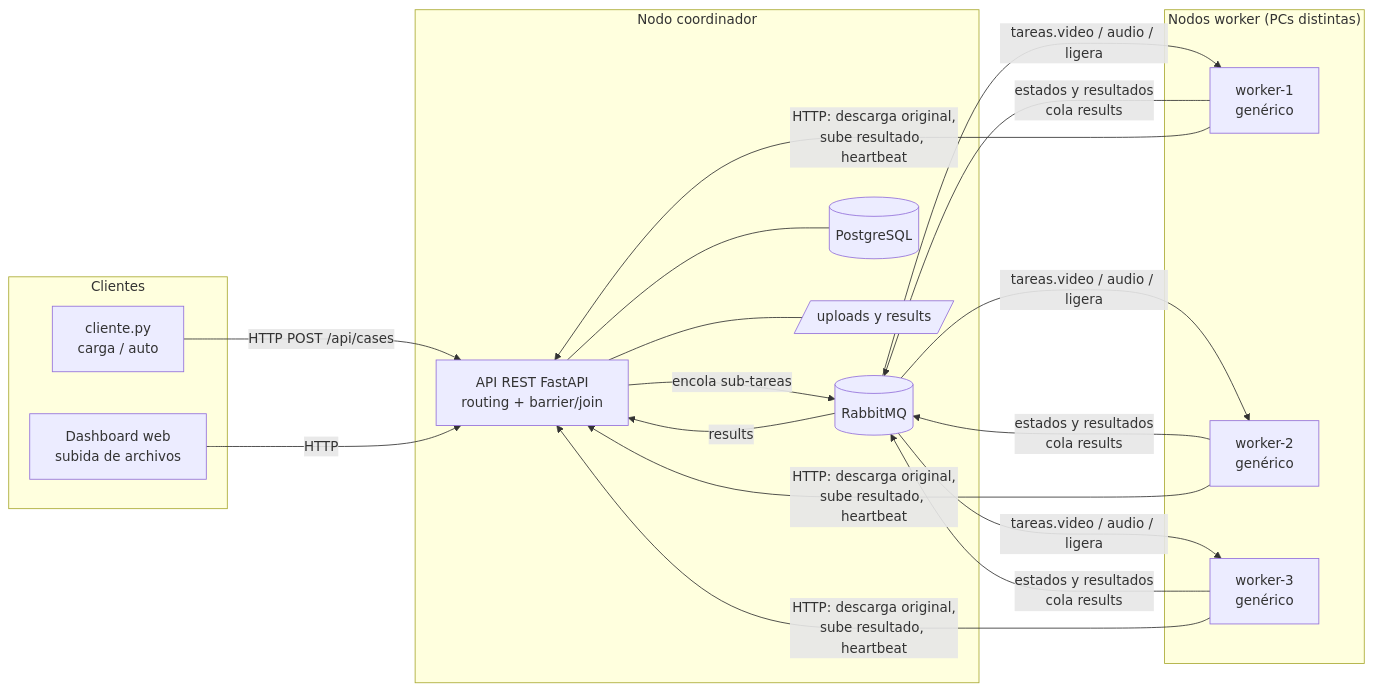
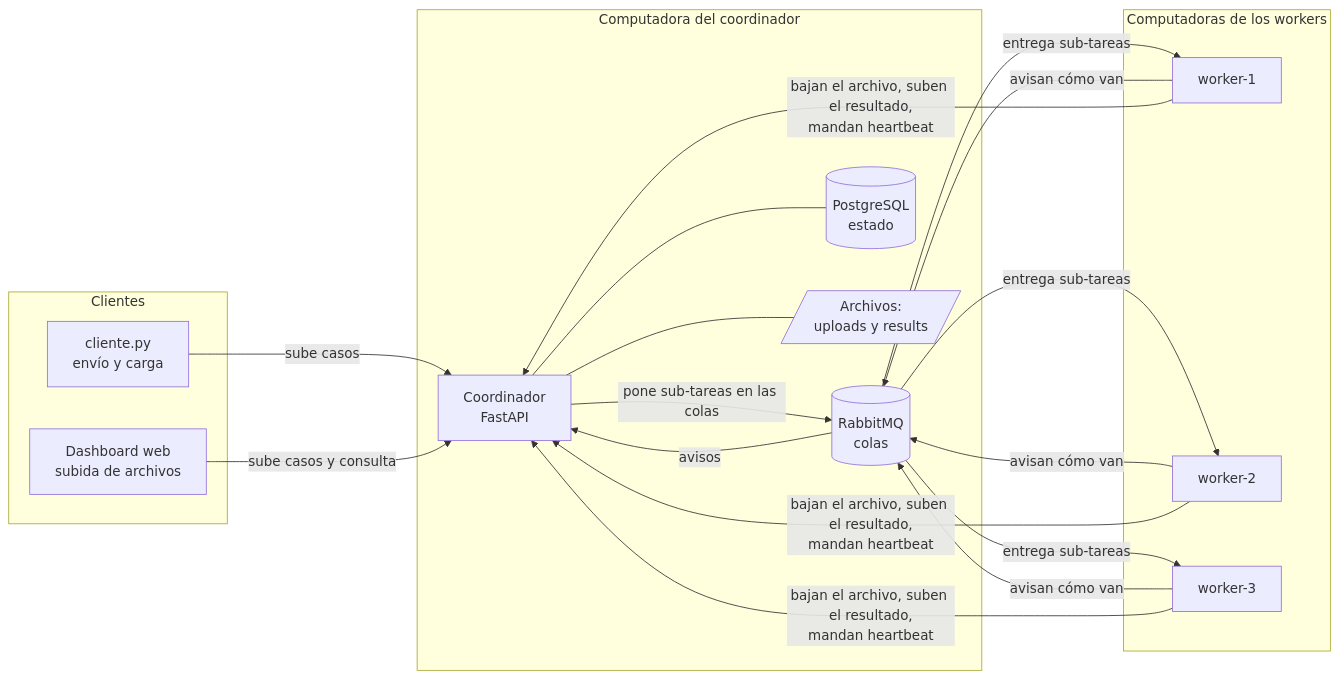
Before and after one commit to SharonBlanco/Paralelismo-en-APP-multimedia: the first of 4 diagrams in docs/ARQUITECTURA.md, drawn with Mermaid. The commit also changed other lines of this file and 7 other files, not shown here.

````diff
--- a/docs/ARQUITECTURA.md
+++ b/docs/ARQUITECTURA.md
@@ -12,32 +30,30 @@
 ```mermaid
 flowchart LR
     subgraph Clientes
-        CLI[cliente.py<br/>carga / auto]
+        CLI[cliente.py<br/>envío y carga]
         WEB[Dashboard web<br/>subida de archivos]
     end
 
-    subgraph Coordinador["Nodo coordinador"]
-        API[API REST FastAPI<br/>routing + barrier/join]
-        RMQ[(RabbitMQ)]
-        PG[(PostgreSQL)]
-        REPO[/uploads y results/]
+    subgraph Coordinador["Computadora del coordinador"]
+        API[Coordinador<br/>FastAPI]
+        RMQ[(RabbitMQ<br/>colas)]
+        PG[(PostgreSQL<br/>estado)]
+        REPO[/Archivos:<br/>uploads y results/]
     end
 
-    subgraph Workers["Nodos worker (PCs distintas)"]
-        W1[worker-1<br/>genérico]
-        W2[worker-2<br/>genérico]
-        W3[worker-3<br/>genérico]
+    subgraph Workers["Computadoras de los workers"]
+        W1[worker-1]
+        W2[worker-2]
+        W3[worker-3]
     end
 
-    CLI -- HTTP POST /api/cases --> API
-    WEB -- HTTP --> API
-    API -- encola sub-tareas --> RMQ
-    RMQ -- tareas.video / audio / ligera --> W1
-    RMQ -- tareas.video / audio / ligera --> W2
-    RMQ -- tareas.video / audio / ligera --> W3
-    W1 & W2 & W3 -- estados y resultados<br/>cola results --> RMQ
-    RMQ -- results --> API
-    W1 & W2 & W3 -- HTTP: descarga original,<br/>sube resultado, heartbeat --> API
+    CLI -- sube casos --> API
+    WEB -- sube casos y consulta --> API
+    API -- pone sub-tareas en las colas --> RMQ
+    RMQ -- entrega sub-tareas --> W1 & W2 & W3
+    W1 & W2 & W3 -- avisan cómo van --> RMQ
+    RMQ -- avisos --> API
+    W1 & W2 & W3 -- bajan el archivo, suben el resultado,<br/>mandan heartbeat --> API
     API --- PG
     API --- REPO
 ```
````
